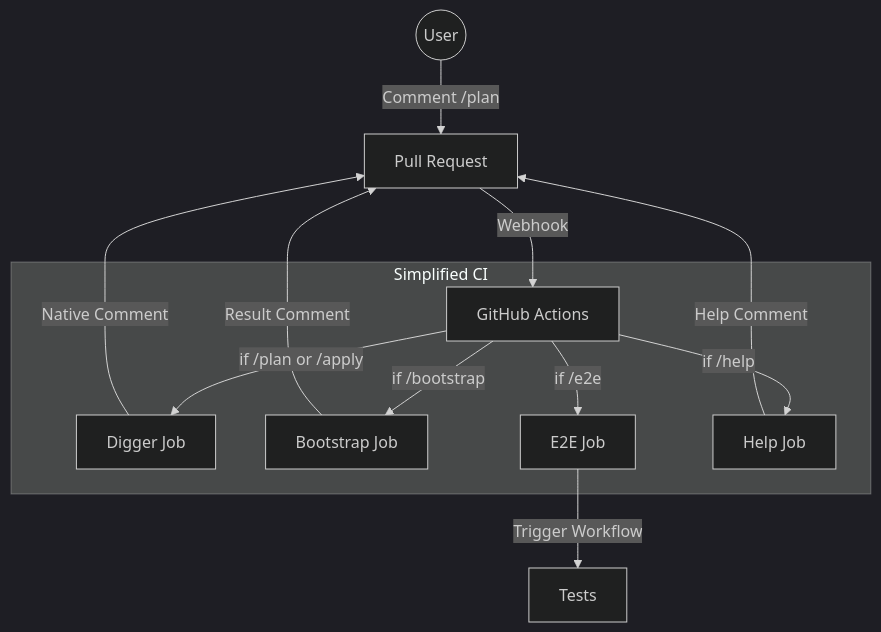
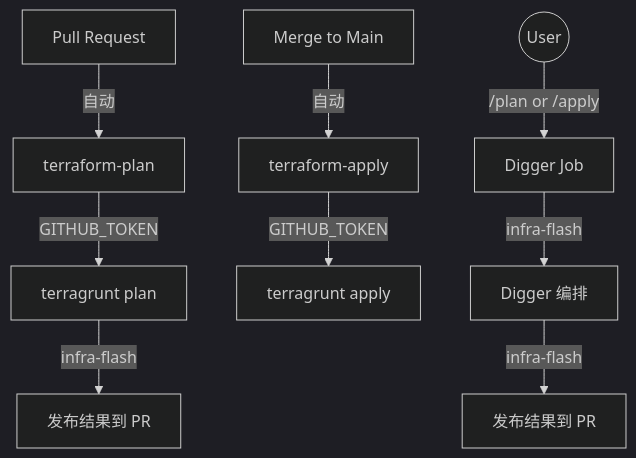
One commit to wangzitian0/infra changed the diagram in docs/ssot/ops.pipeline.md. Above: the diagram before and after it, drawn with Mermaid (dark theme). The commit also changed other lines of this file and 4 other files, not shown here.

````diff
--- a/docs/ssot/ops.pipeline.md
+++ b/docs/ssot/ops.pipeline.md
@@ -40,17 +23,13 @@
 ```mermaid
 flowchart TD
-    User((User)) -->|Comment /plan| PR[Pull Request]
-    PR -->|Webhook| GA[GitHub Actions]
+    PR[Pull Request] -->|自动| AutoPlan[terraform-plan]
+    AutoPlan -->|GITHUB_TOKEN| PlanExec[terragrunt plan]
+    PlanExec -->|infra-flash| Comment1[发布结果到 PR]
     
-    subgraph "Simplified CI"
-        GA -->|if /plan or /apply| Digger[Digger Job]
-        GA -->|if /bootstrap| Bootstrap[Bootstrap Job]
-        GA -->|if /e2e| E2E[E2E Job]
-        GA -->|if /help| Help[Help Job]
-    end
+    Merge[Merge to Main] -->|自动| AutoApply[terraform-apply]
+    AutoApply -->|GITHUB_TOKEN| ApplyExec[terragrunt apply]
     
-    Digger -->|Native Comment| PR
-    Bootstrap -->|Result Comment| PR
-    E2E -->|Trigger Workflow| Tests
-    Help -->|Help Comment| PR
+    User((User)) -->|/plan or /apply| Manual[Digger Job]
+    Manual -->|infra-flash| DiggerExec[Digger 编排]
+    DiggerExec -->|infra-flash| Comment2[发布结果到 PR]
 ```
````
